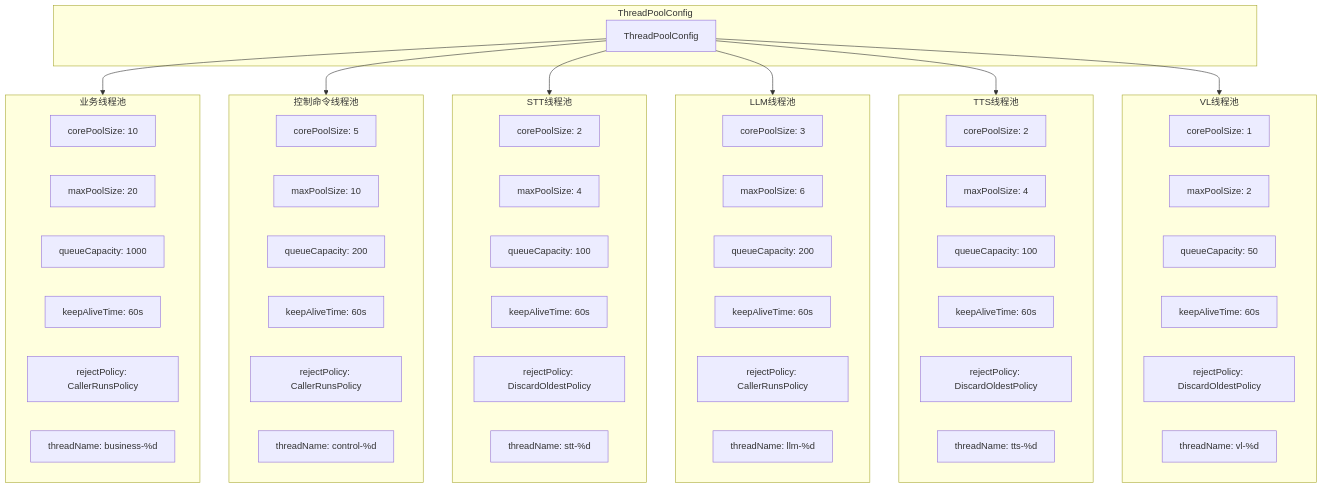
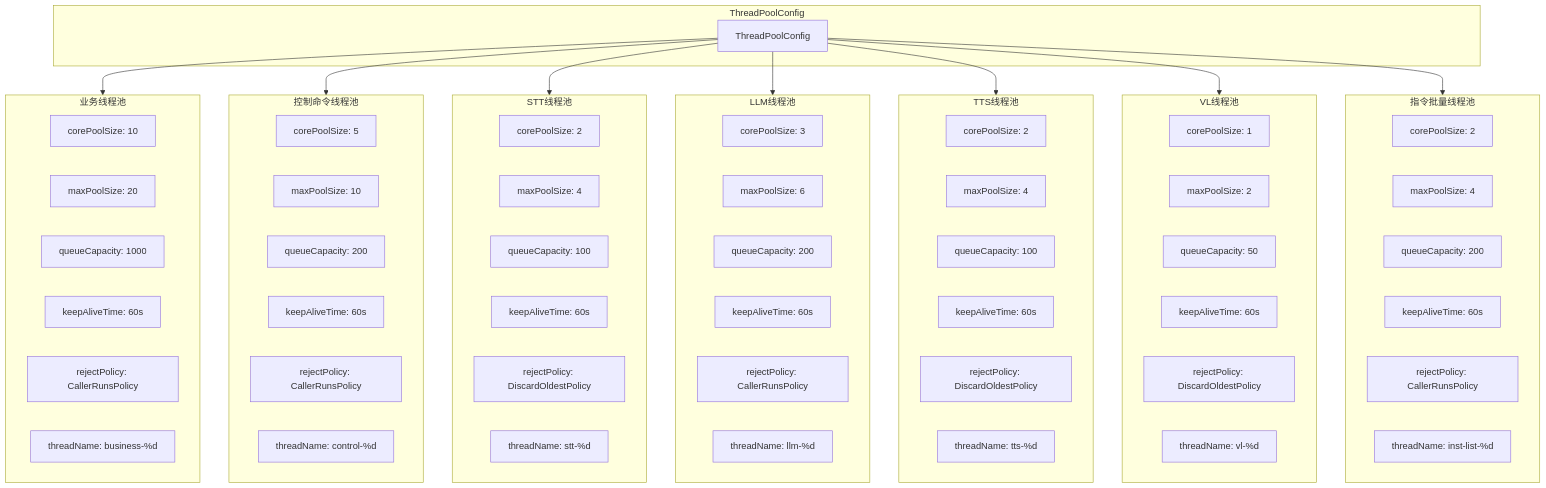
One commit to nangong918/magic-vector changed diagram 11 of 18 in cursor/WS重构.md. Above: the diagram before and after it, drawn with Mermaid. The commit also changed other lines of this file, not shown here.

````diff
--- a/cursor/WS重构.md
+++ b/cursor/WS重构.md
@@ -1040,67 +1129,77 @@
 ```mermaid
 graph TB
     subgraph ThreadPoolConfig
         A[ThreadPoolConfig]
     end
 
     subgraph BusinessThreadPool [业务线程池]
         B1[corePoolSize: 10]
         B2[maxPoolSize: 20]
         B3[queueCapacity: 1000]
         B4[keepAliveTime: 60s]
         B5[rejectPolicy: CallerRunsPolicy]
         B6[threadName: business-%d]
     end
 
     subgraph ControlThreadPool [控制命令线程池]
         C1[corePoolSize: 5]
         C2[maxPoolSize: 10]
         C3[queueCapacity: 200]
         C4[keepAliveTime: 60s]
         C5[rejectPolicy: CallerRunsPolicy]
         C6[threadName: control-%d]
     end
 
     subgraph SttThreadPool [STT线程池]
         D1[corePoolSize: 2]
         D2[maxPoolSize: 4]
         D3[queueCapacity: 100]
         D4[keepAliveTime: 60s]
         D5[rejectPolicy: DiscardOldestPolicy]
         D6[threadName: stt-%d]
     end
 
     subgraph LlmThreadPool [LLM线程池]
         E1[corePoolSize: 3]
         E2[maxPoolSize: 6]
         E3[queueCapacity: 200]
         E4[keepAliveTime: 60s]
         E5[rejectPolicy: CallerRunsPolicy]
         E6[threadName: llm-%d]
     end
 
     subgraph TtsThreadPool [TTS线程池]
         F1[corePoolSize: 2]
         F2[maxPoolSize: 4]
         F3[queueCapacity: 100]
         F4[keepAliveTime: 60s]
         F5[rejectPolicy: DiscardOldestPolicy]
         F6[threadName: tts-%d]
     end
 
     subgraph VlThreadPool [VL线程池]
         G1[corePoolSize: 1]
         G2[maxPoolSize: 2]
         G3[queueCapacity: 50]
         G4[keepAliveTime: 60s]
         G5[rejectPolicy: DiscardOldestPolicy]
         G6[threadName: vl-%d]
     end
 
+    subgraph InstructionListThreadPool [指令批量线程池]
+        H1[corePoolSize: 2]
+        H2[maxPoolSize: 4]
+        H3[queueCapacity: 200]
+        H4[keepAliveTime: 60s]
+        H5[rejectPolicy: CallerRunsPolicy]
+        H6[threadName: inst-list-%d]
+    end
+
     A --> BusinessThreadPool
     A --> ControlThreadPool
     A --> SttThreadPool
     A --> LlmThreadPool
     A --> TtsThreadPool
     A --> VlThreadPool
+    A --> InstructionListThreadPool
 ```
````
